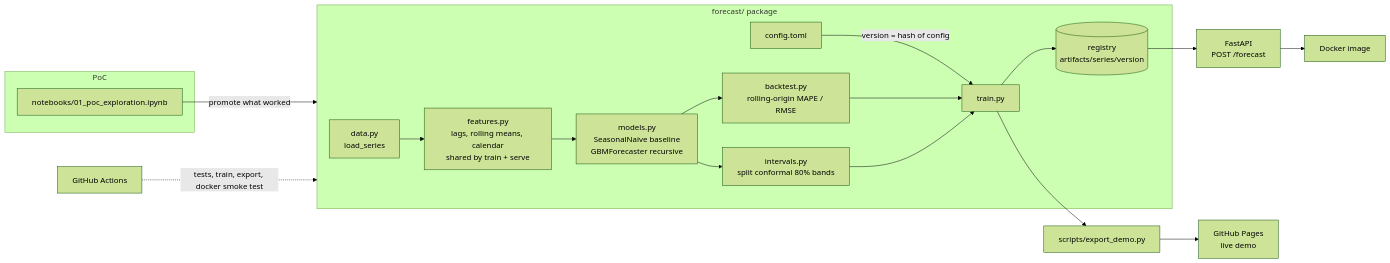
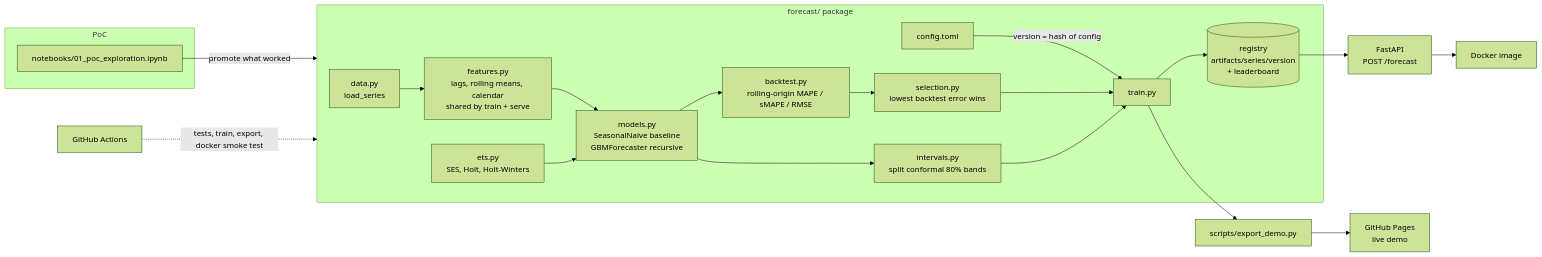
Before and after one commit to hrutishaa/forecast-poc-to-prod: the diagram in README.md, drawn with Mermaid (forest theme). The commit also changed other lines of this file and 20 other files, not shown here.

First line of the commit message:
feat: Holt-Winters / ETS models + automatic model selection by backtest error (v0.3.0)

````diff
--- a/README.md
+++ b/README.md
@@ -40,20 +69,22 @@
 ```mermaid
 flowchart LR
     subgraph PoC
       NB[notebooks/01_poc_exploration.ipynb]
     end
     NB -->|promote what worked| PKG
     subgraph PKG[forecast/ package]
       D[data.py<br/>load_series] --> F[features.py<br/>lags, rolling means, calendar<br/>shared by train + serve]
       F --> M[models.py<br/>SeasonalNaive baseline<br/>GBMForecaster recursive]
-      M --> B[backtest.py<br/>rolling-origin MAPE / RMSE]
+      E[ets.py<br/>SES, Holt, Holt-Winters] --> M
+      M --> B[backtest.py<br/>rolling-origin MAPE / sMAPE / RMSE]
+      B --> S[selection.py<br/>lowest backtest error wins]
       M --> I[intervals.py<br/>split conformal 80% bands]
       CFG[config.toml] -->|version = hash of config| T[train.py]
-      B --> T --> R[(registry<br/>artifacts/series/version)]
+      S --> T --> R[(registry<br/>artifacts/series/version<br/>+ leaderboard)]
       I --> T
     end
     R --> API[FastAPI<br/>POST /forecast]
     API --> DK[Docker image]
     T --> EX[scripts/export_demo.py] --> GP[GitHub Pages<br/>live demo]
     CI[GitHub Actions] -.tests, train, export, docker smoke test.-> PKG
 ```
````
